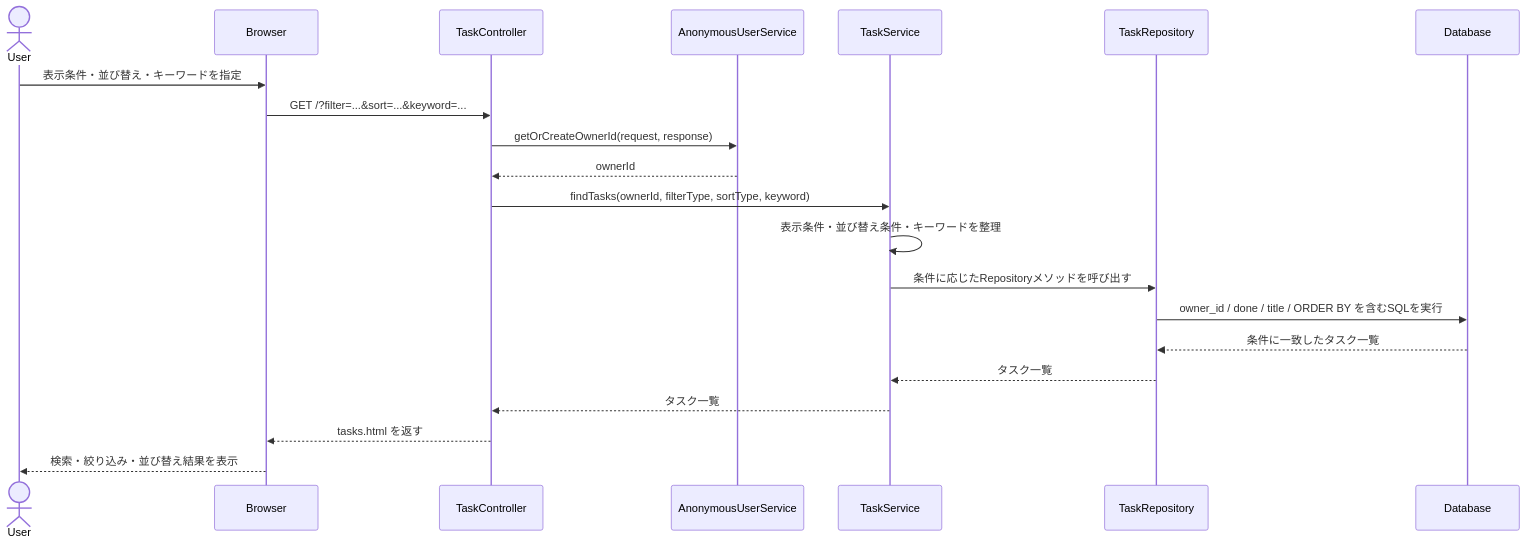
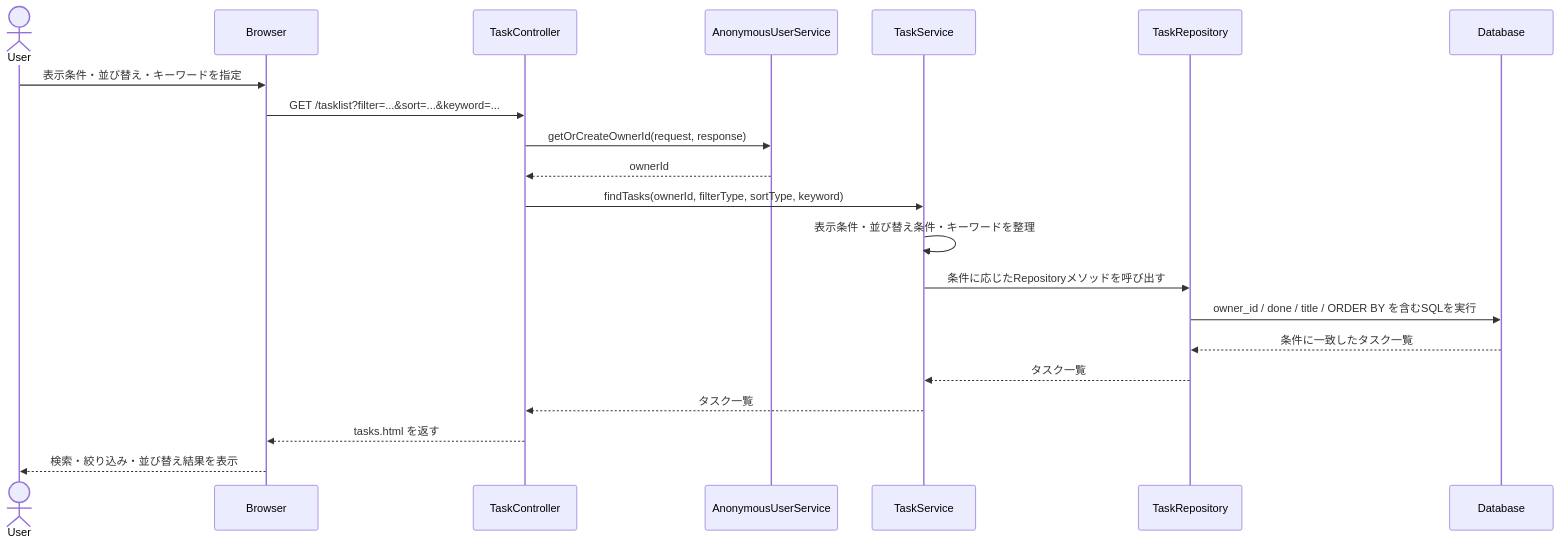
Before and after one commit to mkunori/TaskList: the fourth of 4 diagrams in README.md, drawn with Mermaid. The commit also changed other lines of this file and 4 other files, not shown here.

````diff
--- a/README.md
+++ b/README.md
@@ -268,24 +268,24 @@
 ```mermaid
 sequenceDiagram
     actor User
     participant Browser
     participant TaskController
     participant AnonymousUserService
     participant TaskService
     participant TaskRepository
     participant Database
 
     User->>Browser: 表示条件・並び替え・キーワードを指定
-    Browser->>TaskController: GET /?filter=...&sort=...&keyword=...
+    Browser->>TaskController: GET /tasklist?filter=...&sort=...&keyword=...
     TaskController->>AnonymousUserService: getOrCreateOwnerId(request, response)
     AnonymousUserService-->>TaskController: ownerId
     TaskController->>TaskService: findTasks(ownerId, filterType, sortType, keyword)
     TaskService->>TaskService: 表示条件・並び替え条件・キーワードを整理
     TaskService->>TaskRepository: 条件に応じたRepositoryメソッドを呼び出す
     TaskRepository->>Database: owner_id / done / title / ORDER BY を含むSQLを実行
     Database-->>TaskRepository: 条件に一致したタスク一覧
     TaskRepository-->>TaskService: タスク一覧
     TaskService-->>TaskController: タスク一覧
     TaskController-->>Browser: tasks.html を返す
     Browser-->>User: 検索・絞り込み・並び替え結果を表示
 ```
````
